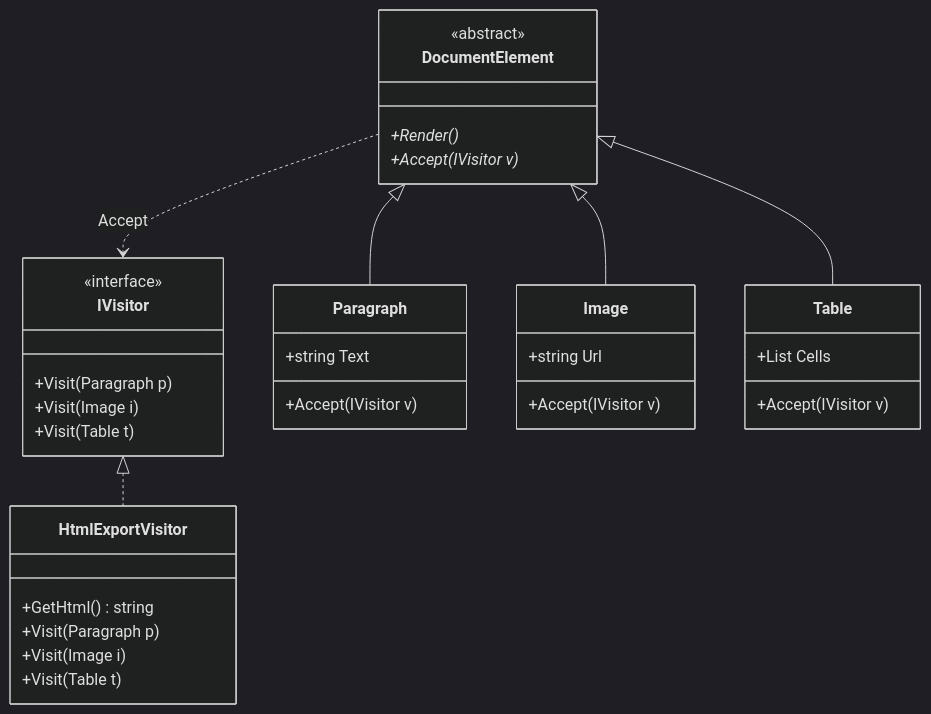
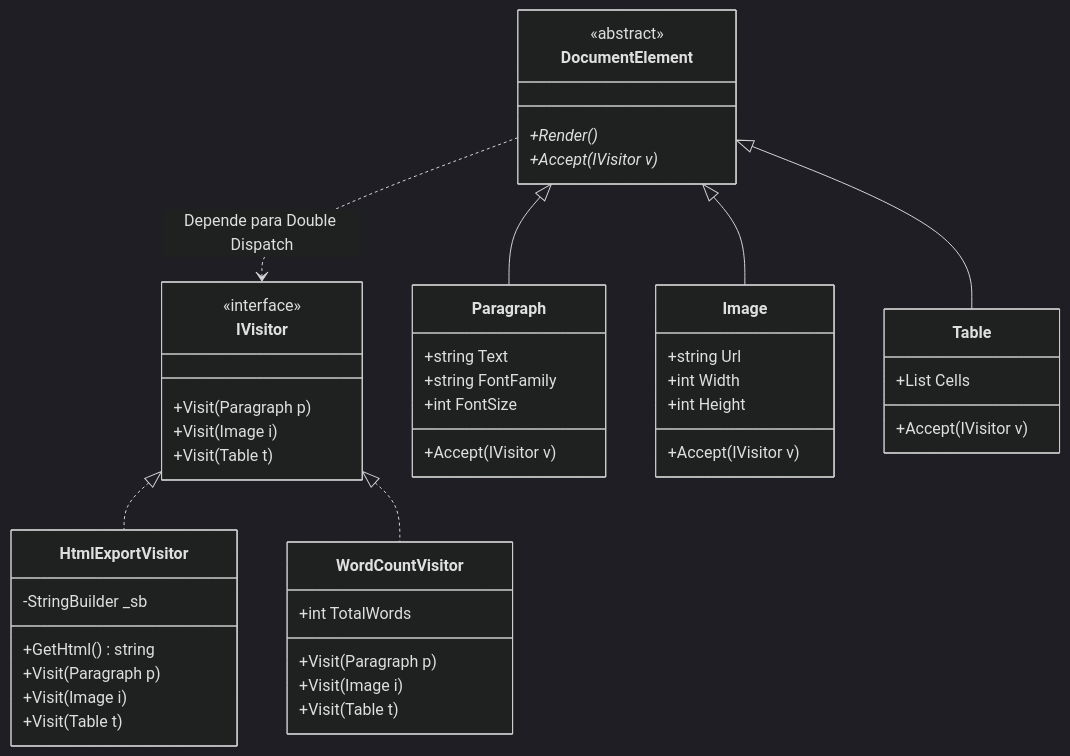
The diagram in README.md (ronaldofas/balta-desafio-carnacode-2026_23-visitor), drawn with Mermaid (dark theme) before and after one commit. The commit also changed other lines of this file, not shown here.

Commit message:
Documentação: Refinamento detalhado do padrão Visitor e etapas de refatoração no README

````diff
--- a/README.md
+++ b/README.md
@@ -38,43 +49,56 @@
 ```mermaid
 classDiagram
     class IVisitor {
         <<interface>>
         +Visit(Paragraph p)
         +Visit(Image i)
         +Visit(Table t)
     }
 
     class DocumentElement {
         <<abstract>>
         +Render()*
         +Accept(IVisitor v)*
     }
 
     class Paragraph {
         +string Text
+        +string FontFamily
+        +int FontSize
         +Accept(IVisitor v)
     }
 
     class Image {
         +string Url
+        +int Width
+        +int Height
         +Accept(IVisitor v)
     }
 
     class Table {
         +List Cells
         +Accept(IVisitor v)
     }
 
     class HtmlExportVisitor {
+        -StringBuilder _sb
         +GetHtml() string
         +Visit(Paragraph p)
         +Visit(Image i)
         +Visit(Table t)
     }
 
+    class WordCountVisitor {
+        +int TotalWords
+        +Visit(Paragraph p)
+        +Visit(Image i)
+        +Visit(Table t)
+    }
+
     IVisitor <|.. HtmlExportVisitor
+    IVisitor <|.. WordCountVisitor
     DocumentElement <|-- Paragraph
     DocumentElement <|-- Image
     DocumentElement <|-- Table
-    DocumentElement ..> IVisitor : Accept
+    DocumentElement ..> IVisitor : Depende para Double Dispatch
 ```
````
